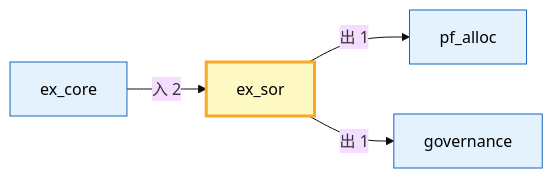
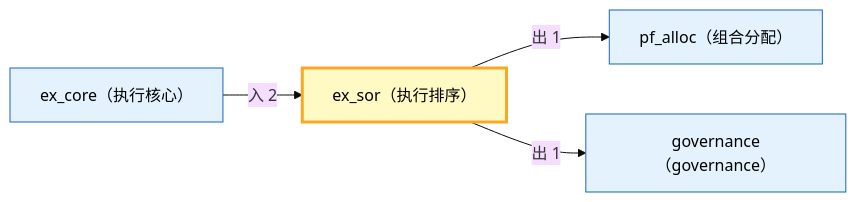
Before and after one commit to xuanFelixVan/ZephyrAlpha: the second of 2 diagrams in docs/02_enterprise_architecture/06_decision_architecture/15_decision_l3_ex_sor.md, drawn with Mermaid (base theme). The commit also changed other lines of this file and 22 other files, not shown here.

First line of the commit message:
docs(decision_arch): 双语标题+跨域图+索引表头跳转链接

````diff
--- a/docs/02_enterprise_architecture/06_decision_architecture/15_decision_l3_ex_sor.md
+++ b/docs/02_enterprise_architecture/06_decision_architecture/15_decision_l3_ex_sor.md
@@ -97,13 +97,13 @@
 ```mermaid
 flowchart LR
-    SELF["ex_sor"]:::selfDomain
-    EXT_pf_alloc["pf_alloc"]:::extDomain
+    SELF["ex_sor（执行排序）"]:::selfDomain
+    EXT_pf_alloc["pf_alloc（组合分配）"]:::extDomain
     SELF -->|出 1| EXT_pf_alloc
-    EXT_governance["governance"]:::extDomain
+    EXT_governance["governance（governance）"]:::extDomain
     SELF -->|出 1| EXT_governance
-    EXT_ex_core["ex_core"]:::extDomain
+    EXT_ex_core["ex_core（执行核心）"]:::extDomain
     EXT_ex_core -->|入 2| SELF
 
     classDef selfDomain fill:#fff9c4,stroke:#f9a825,stroke-width:3px,color:#000
     classDef extDomain fill:#e3f2fd,stroke:#1565c0,stroke-width:1px,color:#000
 ```
````
